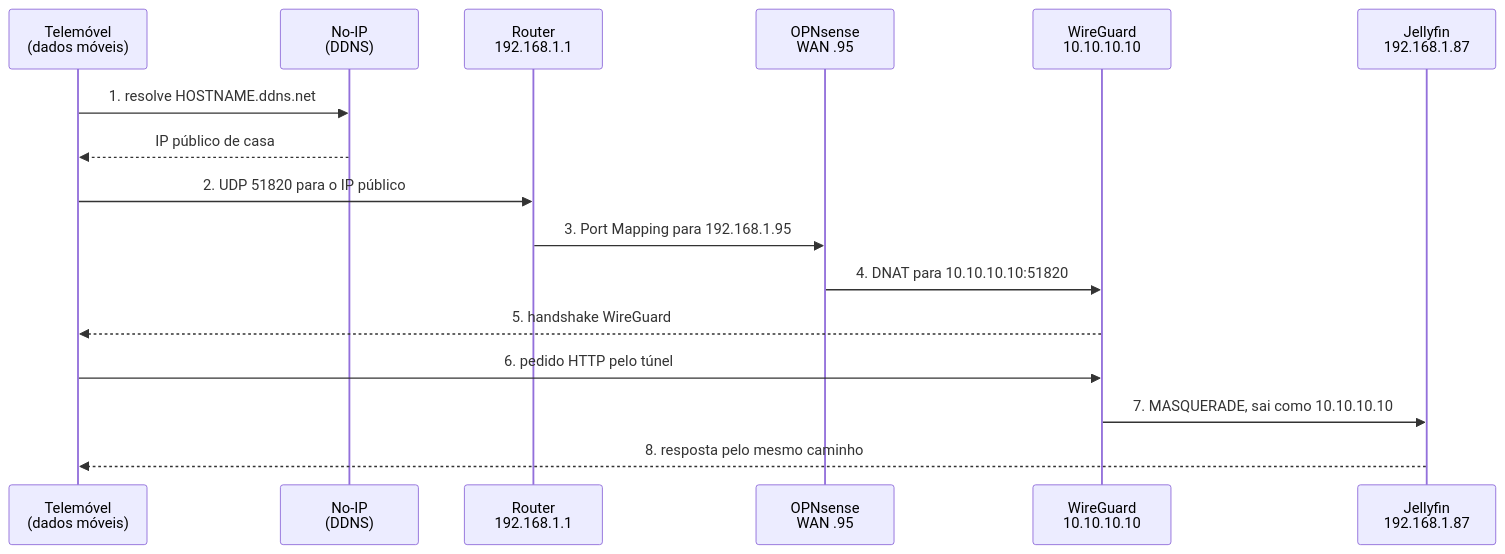
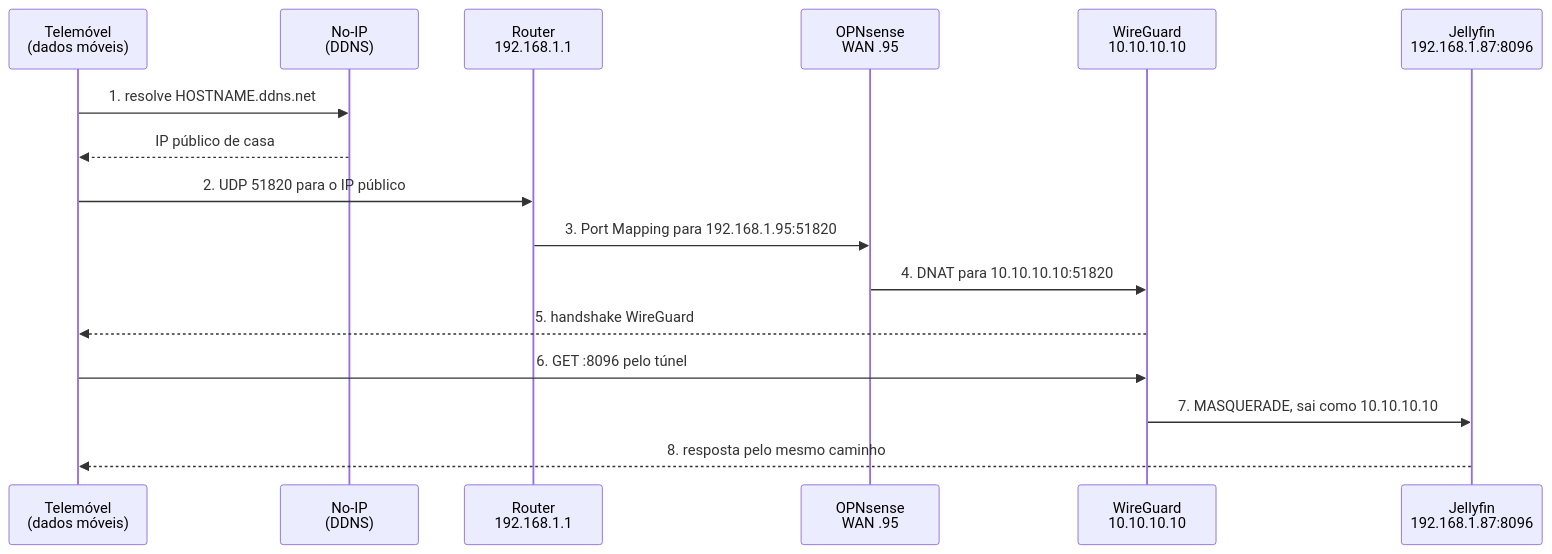
The fifth of 7 diagrams in docs/ESQUEMA_LOGICO_REDE.md (RuiGRMargarido/homelab), drawn with Mermaid before and after one commit. The commit also changed other lines of this file and 1 other file, not shown here.

````diff
--- a/docs/ESQUEMA_LOGICO_REDE.md
+++ b/docs/ESQUEMA_LOGICO_REDE.md
@@ -310,19 +334,19 @@
 ```mermaid
 sequenceDiagram
     participant C as Telemóvel<br/>(dados móveis)
     participant D as No-IP<br/>(DDNS)
     participant R as Router<br/>192.168.1.1
     participant F as OPNsense<br/>WAN .95
     participant W as WireGuard<br/>10.10.10.10
-    participant J as Jellyfin<br/>192.168.1.87
+    participant J as Jellyfin<br/>192.168.1.87:8096
 
     C->>D: 1. resolve HOSTNAME.ddns.net
     D-->>C: IP público de casa
     C->>R: 2. UDP 51820 para o IP público
-    R->>F: 3. Port Mapping para 192.168.1.95
+    R->>F: 3. Port Mapping para 192.168.1.95:51820
     F->>W: 4. DNAT para 10.10.10.10:51820
     W-->>C: 5. handshake WireGuard
-    C->>W: 6. pedido HTTP pelo túnel
+    C->>W: 6. GET :8096 pelo túnel
     W->>J: 7. MASQUERADE, sai como 10.10.10.10
     J-->>C: 8. resposta pelo mesmo caminho
 ```
````
